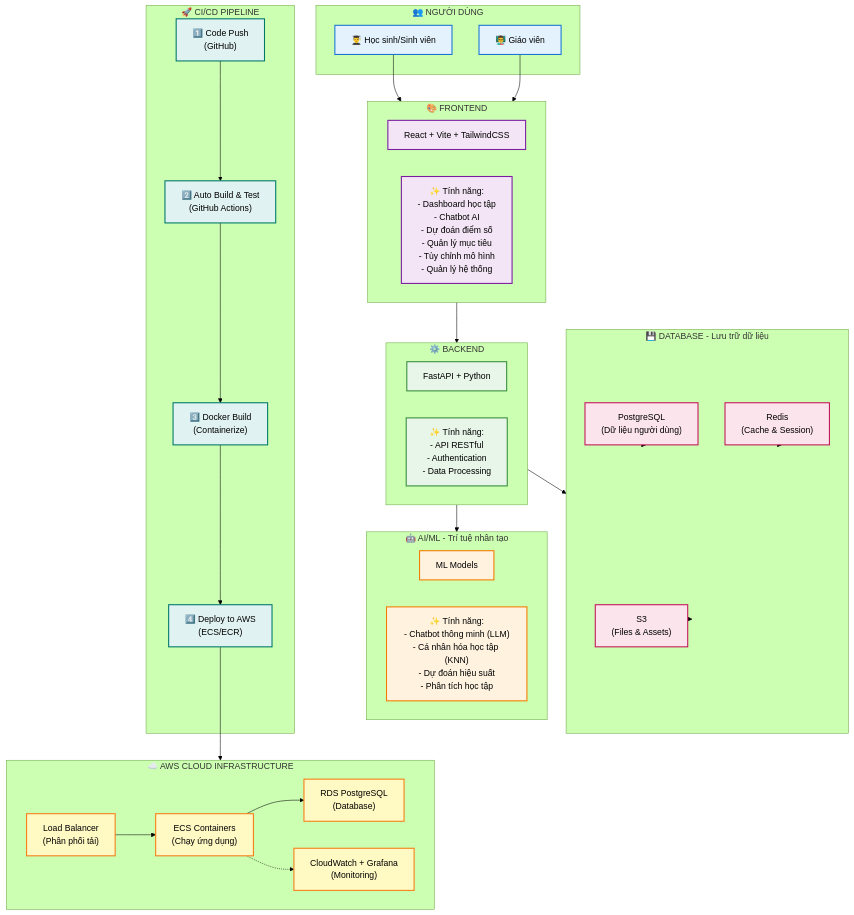
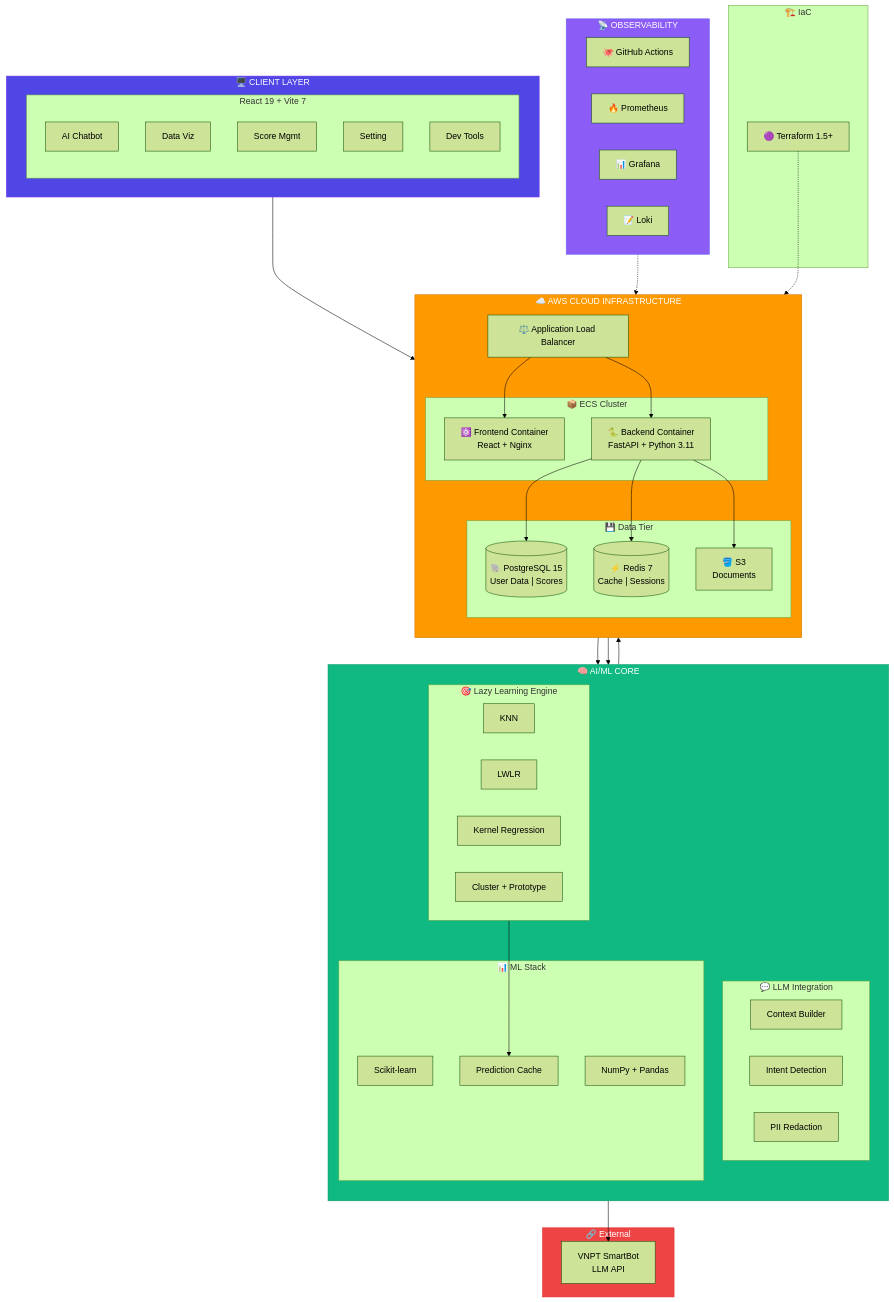
One commit to F4tt/EduTwin changed the first of 6 diagrams in README.md. Above: the diagram before and after it, drawn with Mermaid (forest theme). The commit also changed other lines of this file, not shown here.

First line of the commit message:
Revise README.md with project details and diagrams

````diff
--- a/README.md
+++ b/README.md
@@ -7,83 +63,94 @@
 ```mermaid
 flowchart TB
-    subgraph Users["👥 NGƯỜI DÙNG"]
-        Student["👨‍🎓 Học sinh/Sinh viên"]
-        Teacher["👨‍🏫 Giáo viên"]
-    end
-
-    subgraph Frontend["🎨 FRONTEND"]
-        React["React + Vite + TailwindCSS"]
-        Features1["✨ Tính năng:<br/>- Dashboard học tập<br/>- Chatbot AI<br/>- Dự đoán điểm số<br/>- Quản lý mục tiêu<br/>- Tùy chỉnh mô hình<br/>- Quản lý hệ thống"]
-    end
-
-    subgraph Backend["⚙️ BACKEND"]
-        FastAPI["FastAPI + Python"]
-        Features2["✨ Tính năng:<br/>- API RESTful<br/>- Authentication<br/>- Data Processing"]
-    end
-
-    subgraph ML["🤖 AI/ML - Trí tuệ nhân tạo"]
-        MLModels["ML Models"]
-        Features3["✨ Tính năng:<br/>- Chatbot thông minh (LLM)<br/>- Cá nhân hóa học tập (KNN)<br/>- Dự đoán hiệu suất<br/>- Phân tích học tập"]
-    end
-
-    subgraph Database["💾 DATABASE - Lưu trữ dữ liệu"]
-        Postgres["PostgreSQL<br/>(Dữ liệu người dùng)"]
-        Redis["Redis<br/>(Cache & Session)"]
-        S3["S3<br/>(Files & Assets)"]
-    end
-
-    subgraph DevOps["🚀 CI/CD PIPELINE"]
-        Step1["1️⃣ Code Push<br/>(GitHub)"]
-        Step2["2️⃣ Auto Build & Test<br/>(GitHub Actions)"]
-        Step3["3️⃣ Docker Build<br/>(Containerize)"]
-        Step4["4️⃣ Deploy to AWS<br/>(ECS/ECR)"]
-        
-        Step1 --> Step2 --> Step3 --> Step4
+    subgraph CLIENT["🖥️ CLIENT LAYER"]
+        direction LR
+        subgraph REACT["React 19 + Vite 7"]
+            M1[" AI Chatbot"]
+            M2[" Data Viz"]
+            M3[" Score Mgmt"]
+            M4[" Setting"]
+            M5[" Dev Tools"]
+        end
     end
 
     subgraph AWS["☁️ AWS CLOUD INFRASTRUCTURE"]
-        ECS["ECS Containers<br/>(Chạy ứng dụng)"]
-        RDS["RDS PostgreSQL<br/>(Database)"]
-        LoadBalancer["Load Balancer<br/>(Phân phối tải)"]
-        CloudWatch["CloudWatch + Grafana<br/>(Monitoring)"]
+        direction TB
+        ALB["⚖️ Application Load Balancer"]
+        
+        subgraph ECS["📦 ECS Cluster"]
+            FE["⚛️ Frontend Container<br/>React + Nginx"]
+            BE["🐍 Backend Container<br/>FastAPI + Python 3.11"]
+        end
+        
+        subgraph DATA["💾 Data Tier"]
+            RDS[("🐘 PostgreSQL 15<br/>User Data | Scores")]
+            REDIS[("⚡ Redis 7<br/>Cache | Sessions")]
+            S3["🪣 S3<br/>Documents"]
+        end
     end
 
-    %% User Flow
-    Student --> Frontend
-    Teacher --> Frontend
-    
-    %% Application Flow
-    Frontend --> Backend
-    Backend --> ML
-    Backend --> Database
-    
-    %% Database connections
-    Postgres -.-> Database
-    Redis -.-> Database
-    S3 -.-> Database
-    
-    %% Deploy Flow
-    Step4 --> AWS
-    
-    %% AWS Components
-    LoadBalancer --> ECS
-    ECS --> RDS
-    ECS -.-> CloudWatch
+    subgraph AIML["🧠 AI/ML CORE"]
+        direction TB
+        subgraph LAZY["🎯 Lazy Learning Engine"]
+            KNN["KNN"]
+            LWLR["LWLR"]
+            KR["Kernel Regression"]
+            CLUSTER["Cluster + Prototype"]
+        end
+        
+        subgraph LLM["💬 LLM Integration"]
+            CTX["Context Builder"]
+            INTENT["Intent Detection"]
+            PII["PII Redaction"]
+        end
+        
+        subgraph STACK["📊 ML Stack"]
+            SK["Scikit-learn"]
+            NP["NumPy + Pandas"]
+            CACHE["Prediction Cache"]
+        end
+    end
+
+    subgraph EXTERNAL["🔗 External"]
+        VNPT["VNPT SmartBot<br/>LLM API"]
+    end
+
+    subgraph OBS["📡 OBSERVABILITY"]
+        GH["🐙 GitHub Actions"]
+        PROM["🔥 Prometheus"]
+        GRAF["📊 Grafana"]
+        LOKI["📝 Loki"]
+    end
+
+    subgraph IAC["🏗️ IaC"]
+        TF["🟣 Terraform 1.5+"]
+    end
+
+    %% Connections
+    CLIENT --> ALB
+    ALB --> FE
+    ALB --> BE
+    BE --> RDS
+    BE --> REDIS
+    BE --> S3
+    BE --> LAZY
+    BE --> LLM
+    LLM --> VNPT
+    LAZY --> CACHE
+    CACHE --> REDIS
+    OBS -.-> AWS
+    TF -.-> AWS
 
     %% Styling
-    classDef userStyle fill:#e3f2fd,stroke:#1976d2,stroke-width:2px
-    classDef frontendStyle fill:#f3e5f5,stroke:#7b1fa2,stroke-width:2px
-    classDef backendStyle fill:#e8f5e9,stroke:#388e3c,stroke-width:2px
-    classDef mlStyle fill:#fff3e0,stroke:#f57c00,stroke-width:2px
-    classDef dataStyle fill:#fce4ec,stroke:#c2185b,stroke-width:2px
-    classDef devopsStyle fill:#e0f2f1,stroke:#00796b,stroke-width:2px
-    classDef awsStyle fill:#fff9c4,stroke:#f57f17,stroke-width:2px
+    classDef clientStyle fill:#4f46e5,stroke:#7c3aed,color:#fff
+    classDef awsStyle fill:#ff9900,stroke:#cc7700,color:#fff
+    classDef aiStyle fill:#10b981,stroke:#059669,color:#fff
+    classDef obsStyle fill:#8b5cf6,stroke:#6366f1,color:#fff
+    classDef externalStyle fill:#ef4444,stroke:#dc2626,color:#fff
 
-    class Student,Teacher userStyle
-    class React,Features1 frontendStyle
-    class FastAPI,Features2 backendStyle
-    class MLModels,Features3 mlStyle
-    class Postgres,Redis,S3 dataStyle
-    class Step1,Step2,Step3,Step4 devopsStyle
-    class ECS,RDS,LoadBalancer,CloudWatch awsStyle
+    class CLIENT clientStyle
+    class AWS awsStyle
+    class AIML aiStyle
+    class OBS obsStyle
+    class EXTERNAL externalStyle
 ```
````
